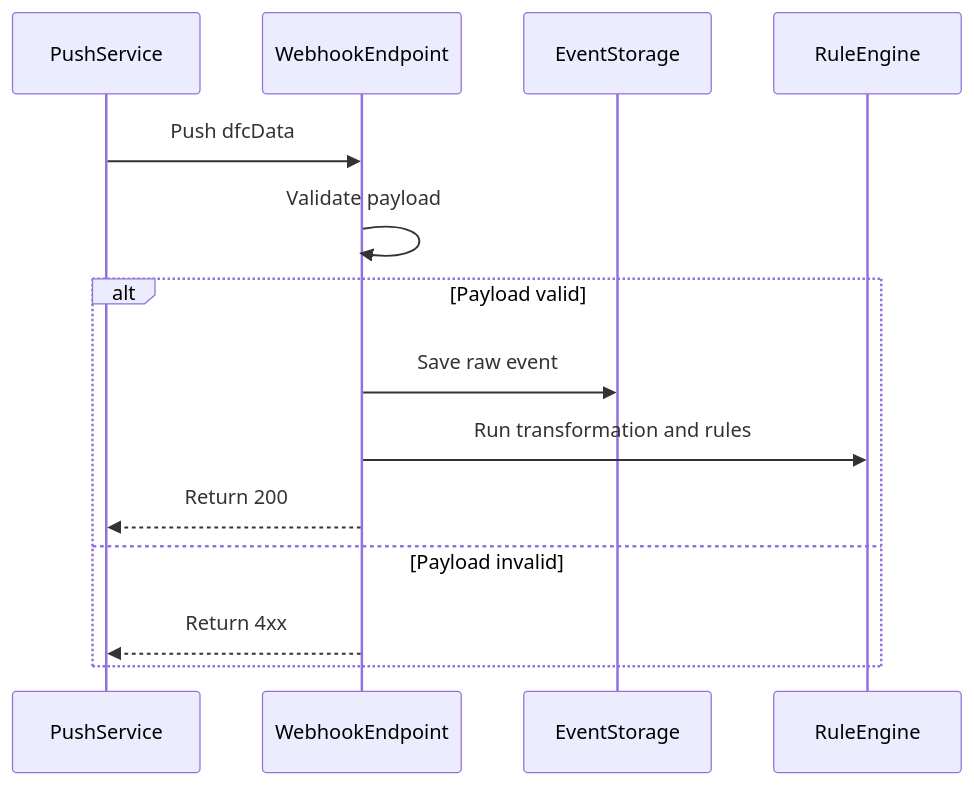
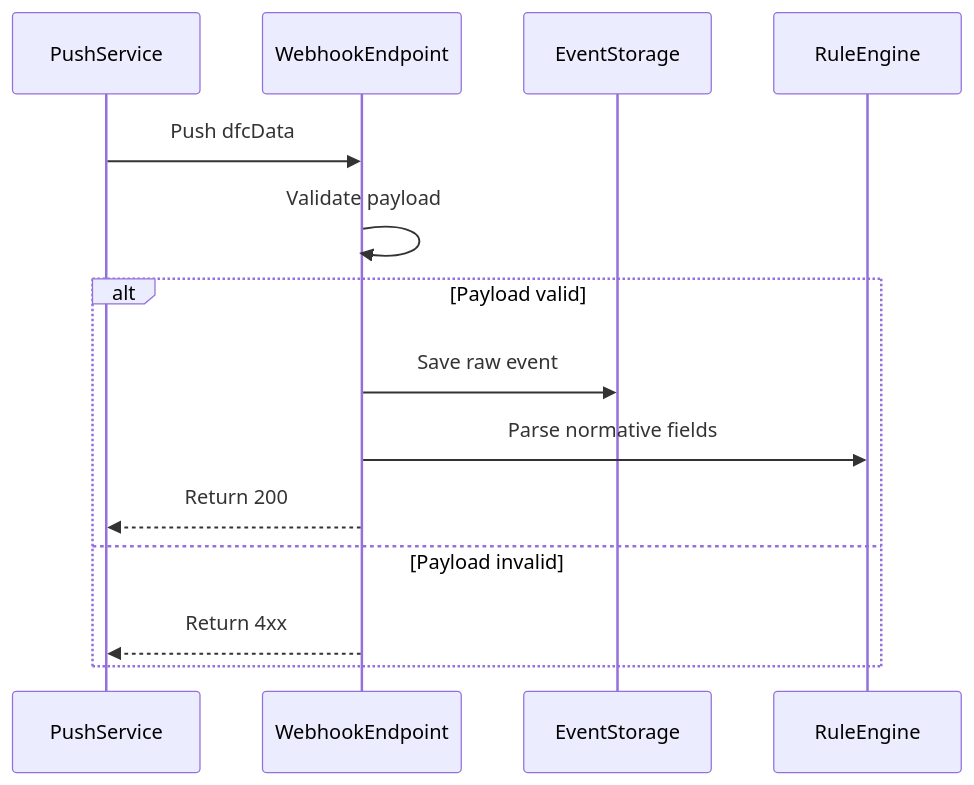
The diagram in Growatt API/OPENAPI/09_api_device_push.md (EugeneJian/growatt-unified-api), drawn with Mermaid before and after one commit. The commit also changed other lines of this file and 26 other files, not shown here.

````diff
--- a/Growatt API/OPENAPI/09_api_device_push.md
+++ b/Growatt API/OPENAPI/09_api_device_push.md
@@ -9,18 +11,18 @@
 ```mermaid
 %% 本代码严格遵循AI生成Mermaid代码的终极准则v4.1（Mermaid终极大师）
 sequenceDiagram
     participant Growatt as PushService
     participant Webhook as WebhookEndpoint
     participant Storage as EventStorage
     participant RuleEngine as RuleEngine
 
     Growatt->>Webhook: Push dfcData
     Webhook->>Webhook: Validate payload
     alt Payload valid
         Webhook->>Storage: Save raw event
-        Webhook->>RuleEngine: Run transformation and rules
+        Webhook->>RuleEngine: Parse normative fields
         Webhook-->>Growatt: Return 200
     else Payload invalid
         Webhook-->>Growatt: Return 4xx
     end
 ```
````
